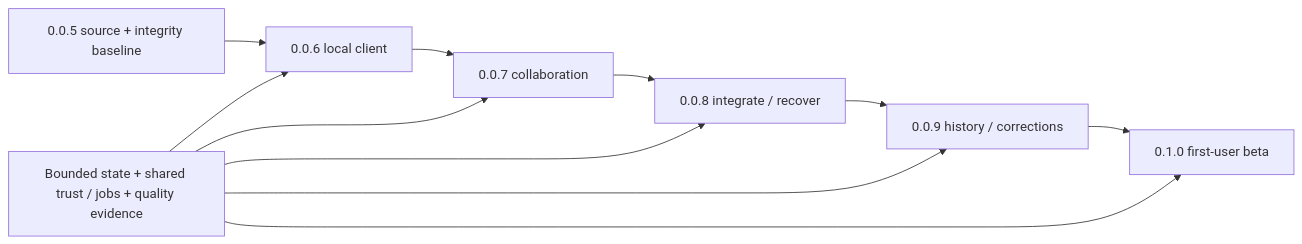
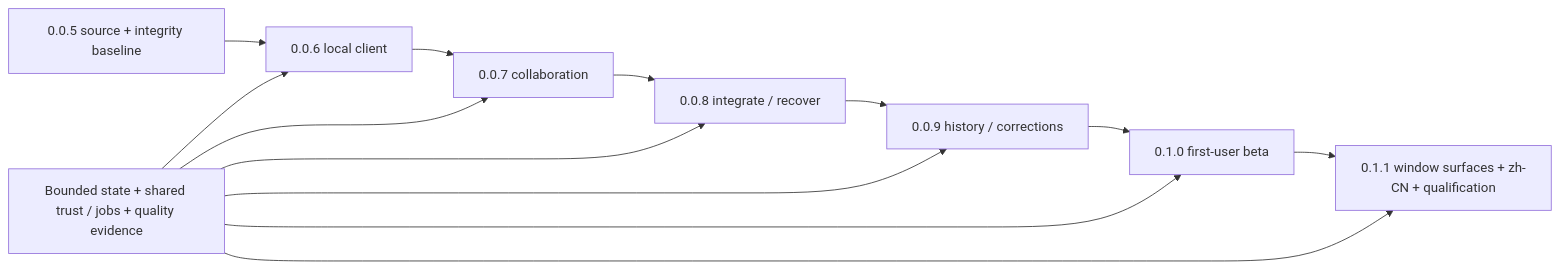
One commit to partnernetsoftware/minicon-srcmgr changed the diagram in plan/roadmap-0.1.0.md. Above: the diagram before and after it, drawn with Mermaid. The commit also changed other lines of this file and 6 other files, not shown here.

````diff
--- a/plan/roadmap-0.1.0.md
+++ b/plan/roadmap-0.1.0.md
@@ -18,7 +19,7 @@
 ```mermaid
 flowchart LR
     B["0.0.5 source + integrity baseline"] --> L["0.0.6 local client"]
     L --> N["0.0.7 collaboration"] --> C["0.0.8 integrate / recover"]
-    C --> H["0.0.9 history / corrections"] --> U["0.1.0 first-user beta"]
-    Q["Bounded state + shared trust / jobs + quality evidence"] --> L & N & C & H & U
+    C --> H["0.0.9 history / corrections"] --> U["0.1.0 first-user beta"] --> V["0.1.1 window surfaces + zh-CN + qualification"]
+    Q["Bounded state + shared trust / jobs + quality evidence"] --> L & N & C & H & U & V
 ```
````
